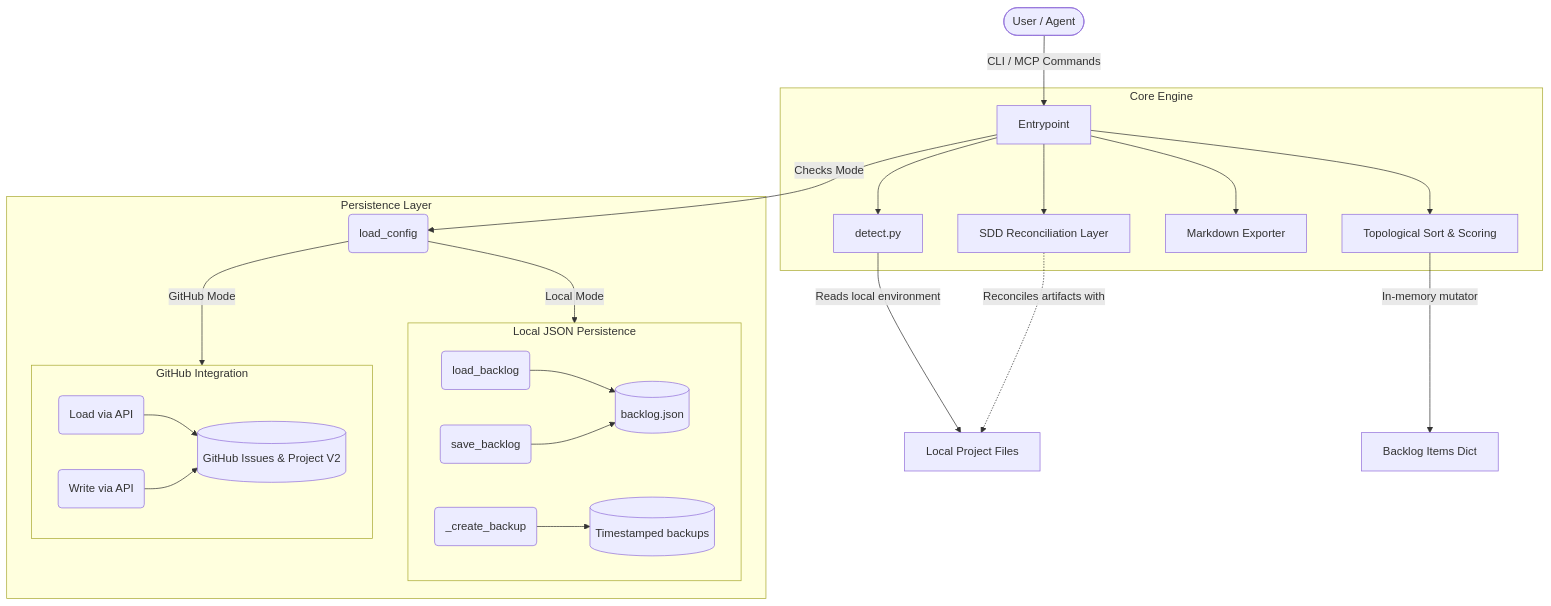
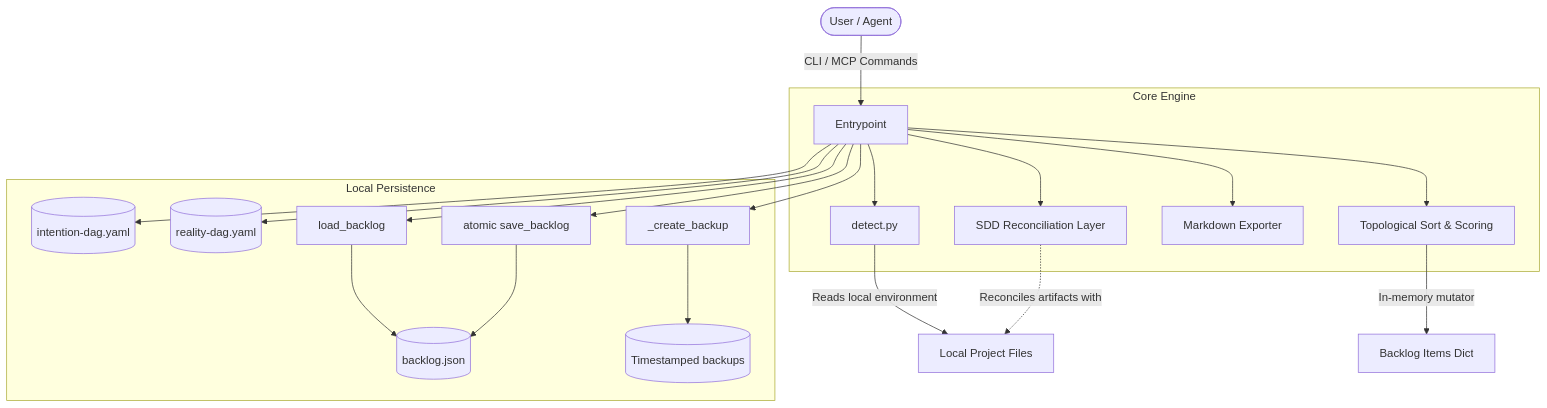
Before and after one commit to aegolius-labs/aio-agentic-sdlc: the diagram in doc/architecture.md, drawn with Mermaid. The commit also changed other lines of this file and 10 other files, not shown here.

Commit message:
Remove GitHub synchronization and enforce local state authority

````diff
--- a/doc/architecture.md
+++ b/doc/architecture.md
@@ -11,32 +11,26 @@
 ```mermaid
 graph TD
     User([User / Agent]) -->|CLI / MCP Commands| CLI[Entrypoint]
     
     subgraph Core Engine
         CLI --> Detect[detect.py]
         CLI --> Sort[Topological Sort & Scoring]
         CLI --> Export[Markdown Exporter]
         CLI --> SDDRecon[SDD Reconciliation Layer]
     end
     
-    subgraph Persistence Layer
-        CLI -->|Checks Mode| Config(load_config)
-        Config -->|Local Mode| LocalStore
-        Config -->|GitHub Mode| GHStore
-        
-        subgraph LocalStore [Local JSON Persistence]
-            ReadJSON(load_backlog) --> FileDB[(backlog.json)]
-            WriteJSON(save_backlog) --> FileDB
-            BackupManager(_create_backup) --> BackupFiles[(Timestamped backups)]
-        end
-        
-        subgraph GHStore [GitHub Integration]
-            ReadGH(Load via API) --> GHIssues[(GitHub Issues & Project V2)]
-            WriteGH(Write via API) --> GHIssues
-        end
+    subgraph Local Persistence
+        CLI --> Intent[(intention-dag.yaml)]
+        CLI --> Reality[(reality-dag.yaml)]
+        CLI --> ReadJSON[load_backlog]
+        ReadJSON --> FileDB[(backlog.json)]
+        CLI --> WriteJSON[atomic save_backlog]
+        WriteJSON --> FileDB
+        CLI --> BackupManager[_create_backup]
+        BackupManager --> BackupFiles[(Timestamped backups)]
     end
 
     Detect -->|Reads local environment| Workspace[Local Project Files]
     SDDRecon -.->|Reconciles artifacts with| Workspace
     Sort -->|In-memory mutator| Items[Backlog Items Dict]
 ```
````
